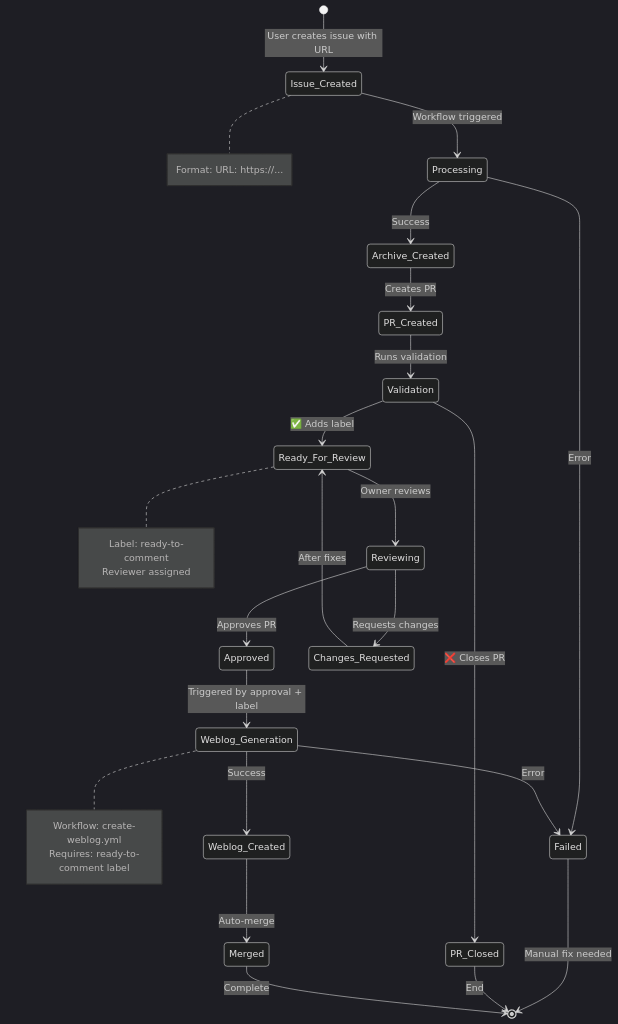
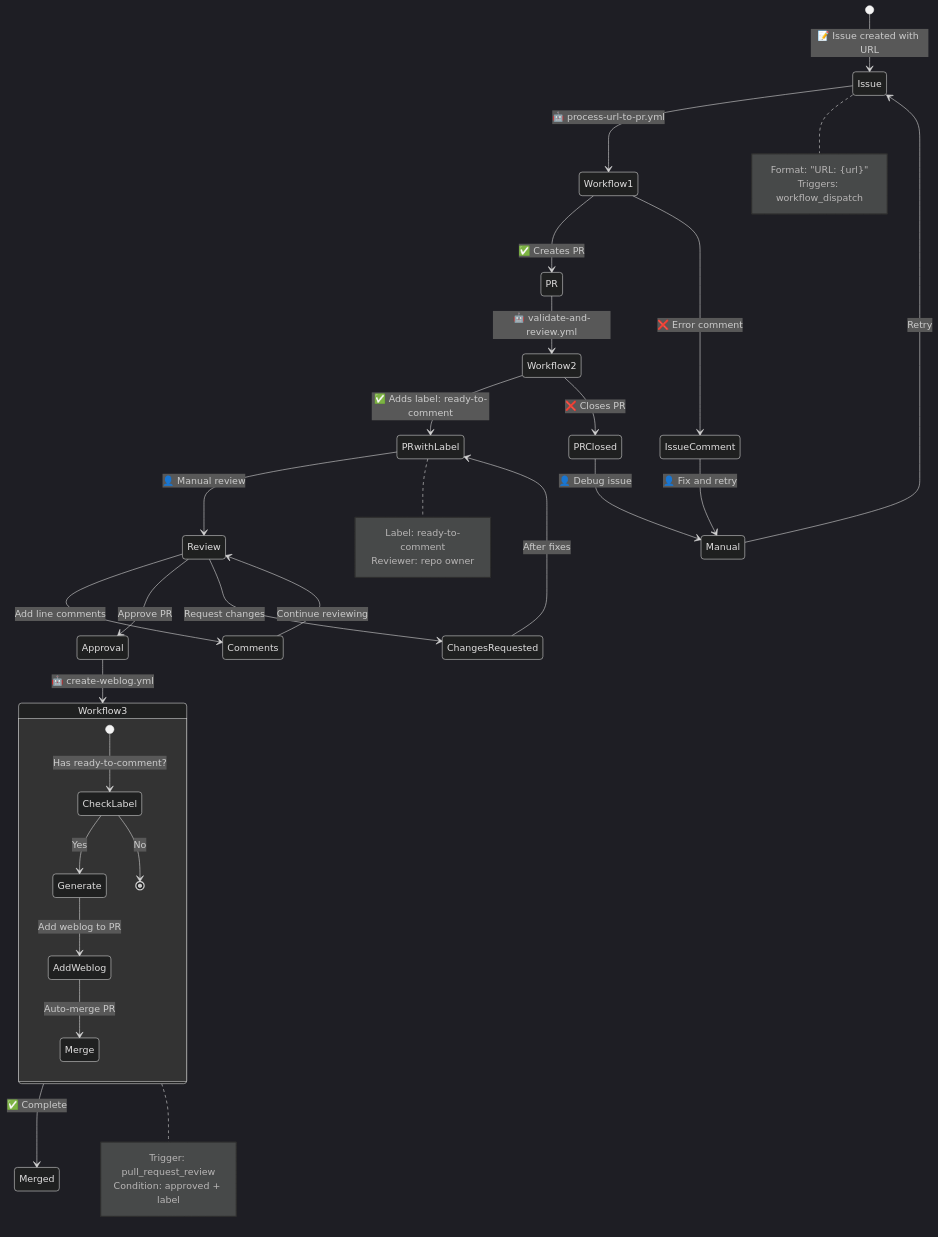
The diagram in STATE_MACHINE.md (mbrg/link-archive), drawn with Mermaid (dark theme) before and after one commit.

Commit message:
Redesign state diagram to focus on GitHub artifacts
- Center diagram on issues, PRs, comments, labels, and workflows
- Show clear workflow triggers and conditions
- Emphasize manual intervention points with emoji
- Add nested state for weblog creation workflow
- Include retry paths from manual intervention

````diff
--- a/STATE_MACHINE.md
+++ b/STATE_MACHINE.md
@@ -9,43 +9,53 @@
 ```mermaid
 stateDiagram-v2
-    [*] --> Issue_Created: User creates issue with URL
+    [*] --> Issue: 📝 Issue created with URL
     
-    Issue_Created --> Processing: Workflow triggered
-    Processing --> Archive_Created: Success
-    Processing --> Failed: Error
+    Issue --> Workflow1: 🤖 process-url-to-pr.yml
     
-    Archive_Created --> PR_Created: Creates PR
-    PR_Created --> Validation: Runs validation
+    Workflow1 --> PR: ✅ Creates PR
+    Workflow1 --> IssueComment: ❌ Error comment
     
-    Validation --> Ready_For_Review: ✅ Adds label
-    Validation --> PR_Closed: ❌ Closes PR
+    PR --> Workflow2: 🤖 validate-and-review.yml
     
-    Ready_For_Review --> Reviewing: Owner reviews
-    Reviewing --> Approved: Approves PR
-    Reviewing --> Changes_Requested: Requests changes
+    Workflow2 --> PRwithLabel: ✅ Adds label: ready-to-comment
+    Workflow2 --> PRClosed: ❌ Closes PR
     
-    Approved --> Weblog_Generation: Triggered by approval + label
-    Weblog_Generation --> Weblog_Created: Success
-    Weblog_Generation --> Failed: Error
+    PRwithLabel --> Review: 👤 Manual review
     
-    Weblog_Created --> Merged: Auto-merge
+    Review --> Comments: Add line comments
+    Review --> Approval: Approve PR
+    Review --> ChangesRequested: Request changes
     
-    Failed --> [*]: Manual fix needed
-    PR_Closed --> [*]: End
-    Changes_Requested --> Ready_For_Review: After fixes
-    Merged --> [*]: Complete
+    Comments --> Review: Continue reviewing
+    ChangesRequested --> PRwithLabel: After fixes
+    
+    Approval --> Workflow3: 🤖 create-weblog.yml
+    state Workflow3 {
+        [*] --> CheckLabel: Has ready-to-comment?
+        CheckLabel --> Generate: Yes
+        CheckLabel --> [*]: No
+        Generate --> AddWeblog: Add weblog to PR
+        AddWeblog --> Merge: Auto-merge PR
+    }
+    
+    Workflow3 --> Merged: ✅ Complete
+    
+    IssueComment --> Manual: 👤 Fix and retry
+    PRClosed --> Manual: 👤 Debug issue
+    Manual --> Issue: Retry
 
-    note right of Issue_Created
-        Format: URL: https://...
+    note right of Issue
+        Format: "URL: {url}"
+        Triggers: workflow_dispatch
     end note
 
-    note right of Ready_For_Review
+    note right of PRwithLabel
         Label: ready-to-comment
-        Reviewer assigned
+        Reviewer: repo owner
     end note
 
-    note right of Weblog_Generation
-        Workflow: create-weblog.yml
-        Requires: ready-to-comment label
+    note right of Workflow3
+        Trigger: pull_request_review
+        Condition: approved + label
     end note
 ```
````
